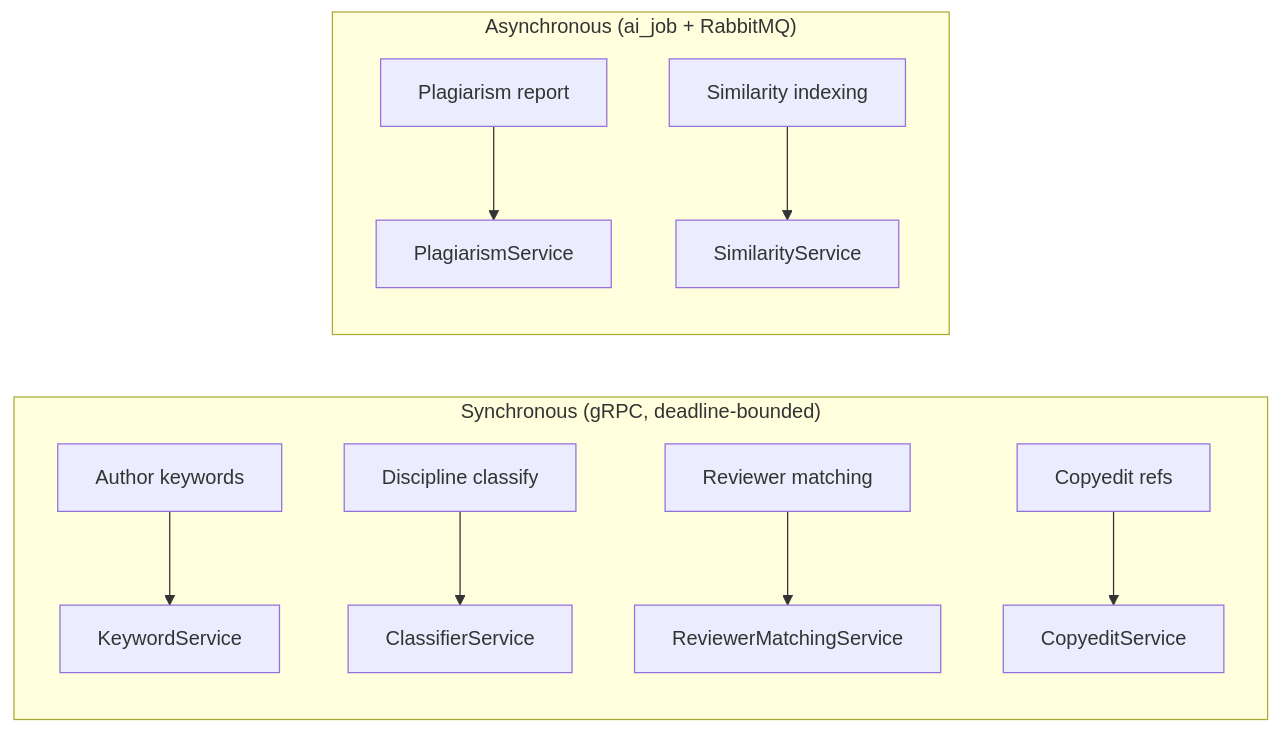
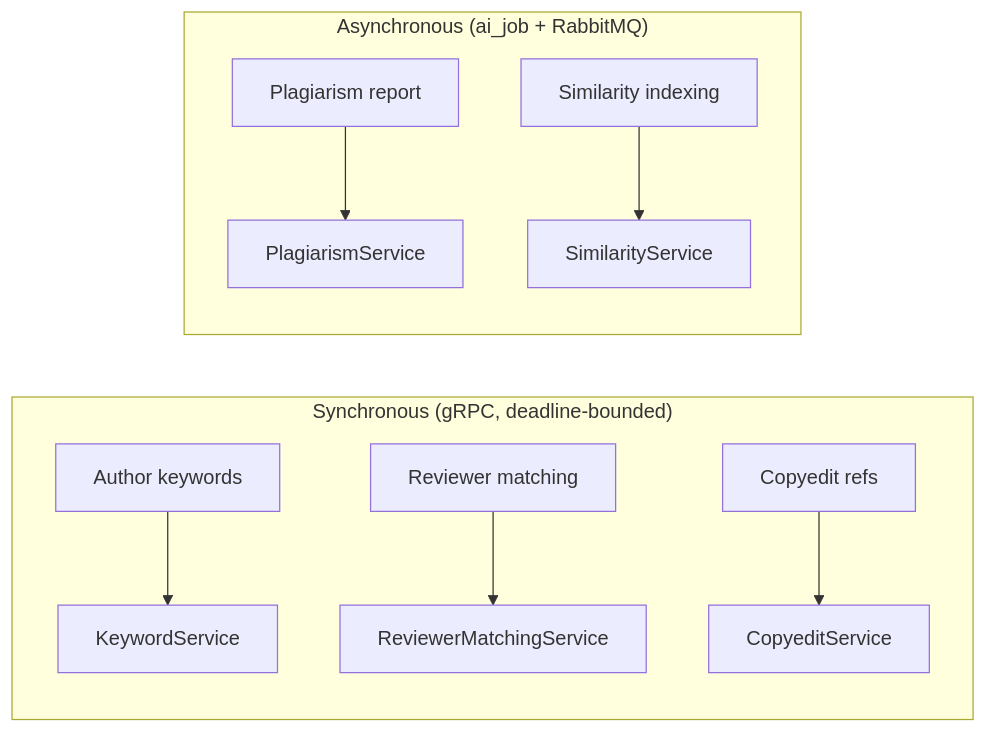
Before and after one commit to OmarNajiAlhayek/folio: the third of 3 diagrams in docs/ARCHITECTURE.md, drawn with Mermaid. The commit also changed other lines of this file and 128 other files, not shown here.

````diff
--- a/docs/ARCHITECTURE.md
+++ b/docs/ARCHITECTURE.md
@@ -149,13 +149,12 @@
 ```mermaid
 flowchart LR
     subgraph sync["Synchronous (gRPC, deadline-bounded)"]
         A[Author keywords] --> G1[KeywordService]
-        C[Discipline classify] --> G2[ClassifierService]
         E[Reviewer matching] --> G3[ReviewerMatchingService]
         F[Copyedit refs] --> G4[CopyeditService]
     end
     subgraph async["Asynchronous (ai_job + RabbitMQ)"]
         P[Plagiarism report] --> G5[PlagiarismService]
         S[Similarity indexing] --> G6[SimilarityService]
     end
 ```
````
